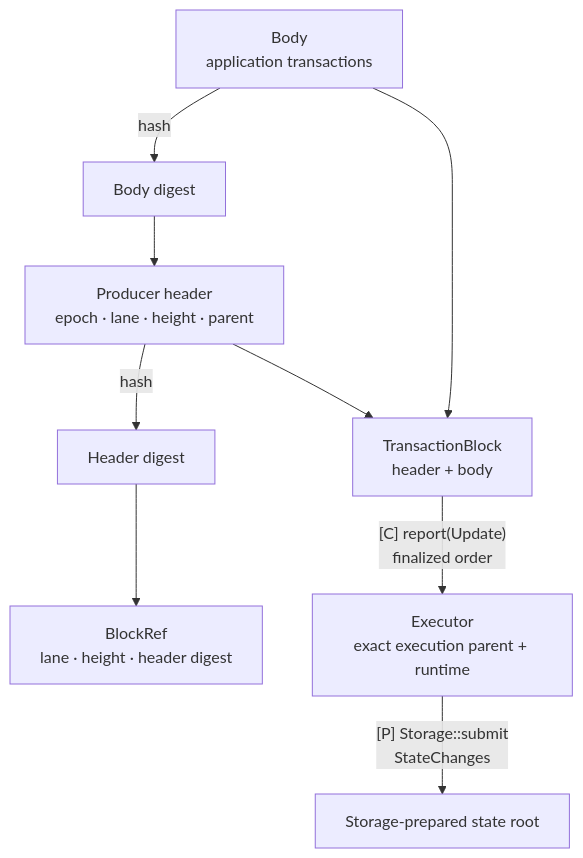
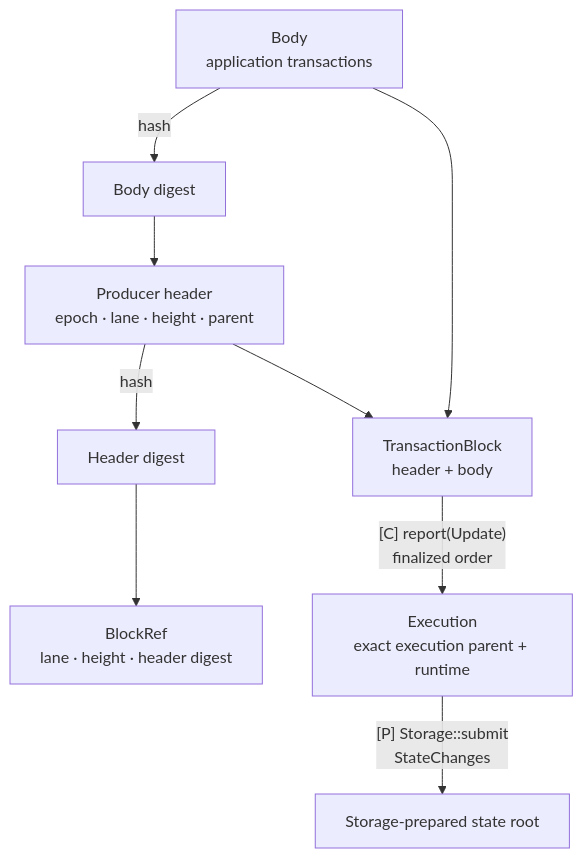
Before and after one commit to djm07073/baton: the diagram in docs/01-overview/02-terminology.md, drawn with Mermaid. The commit also changed other lines of this file and 4086 other files, not shown here.

````diff
--- a/docs/01-overview/02-terminology.md
+++ b/docs/01-overview/02-terminology.md
@@ -7,11 +7,11 @@
 ```mermaid
 flowchart TB
     B["Body<br/>application transactions"] -->|"hash"| BD["Body digest"]
     BD --> H["Producer header<br/>epoch · lane · height · parent"]
     H -->|"hash"| HD["Header digest"]
     HD --> R["BlockRef<br/>lane · height · header digest"]
     H --> F["TransactionBlock<br/>header + body"]
     B --> F
-    F -->|"[C] report(Update)<br/>finalized order"| E["Executor<br/>exact execution parent + runtime"]
+    F -->|"[C] report(Update)<br/>finalized order"| E["Execution<br/>exact execution parent + runtime"]
     E -->|"[P] Storage::submit<br/>StateChanges"| S["Storage-prepared state root"]
 ```
````
